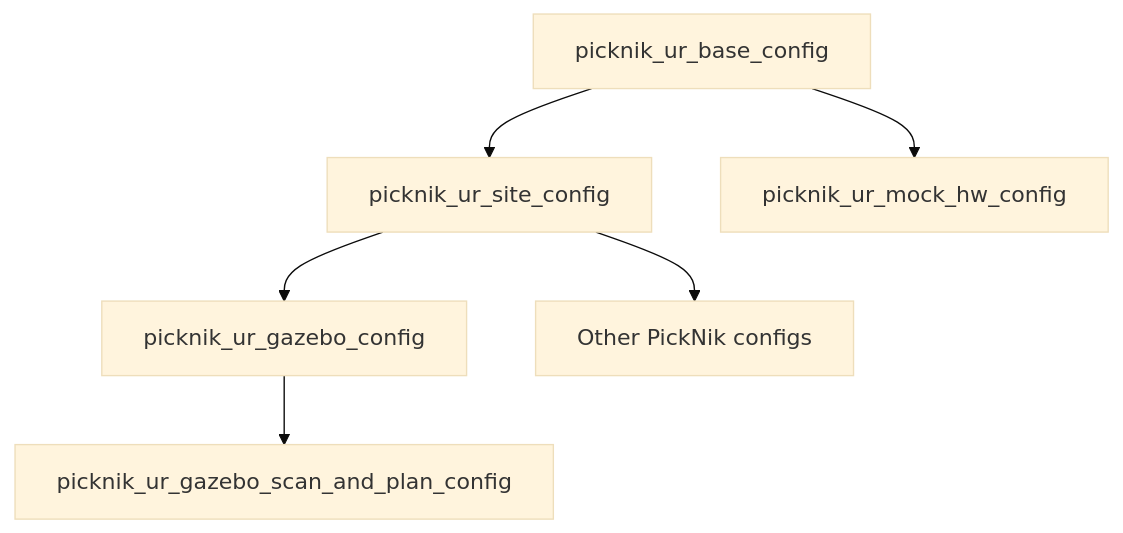
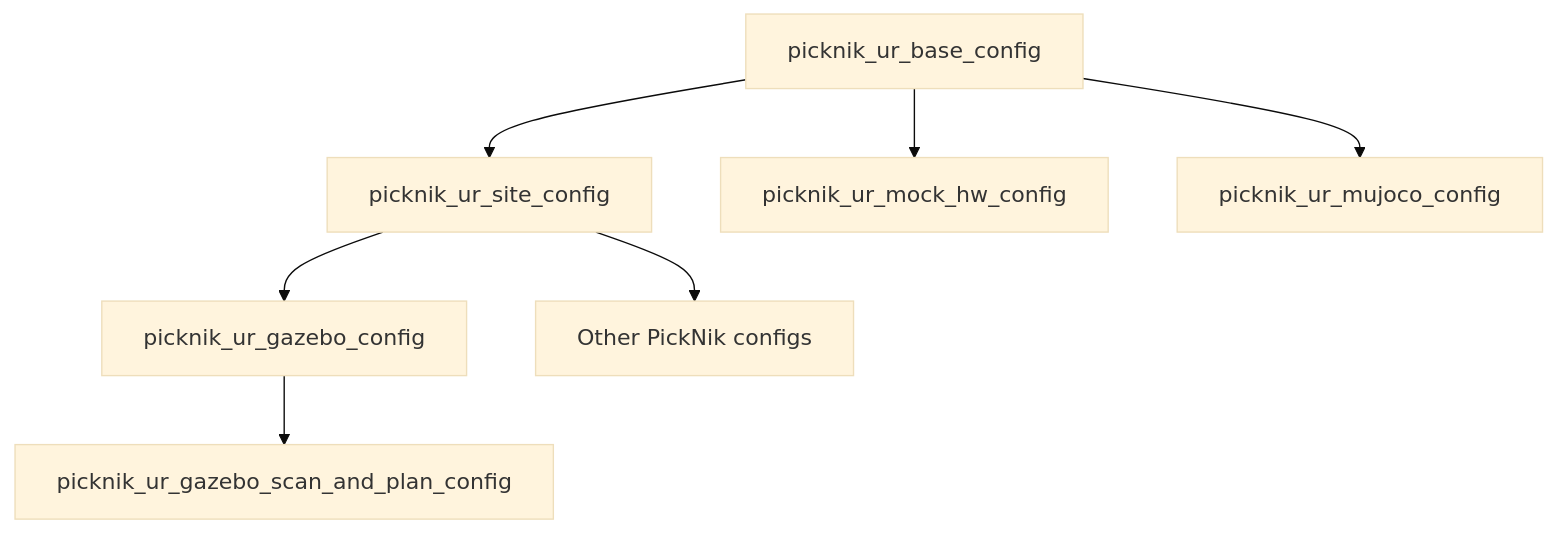
One commit to PickNikRobotics/moveit_studio_ur_ws changed the diagram in README.md. Above: the diagram before and after it, drawn with Mermaid (base theme). The commit also changed 47 other files, not shown here.

````diff
--- a/README.md
+++ b/README.md
@@ -18,8 +18,9 @@
 ```mermaid
 graph TB
 Base[picknik_ur_base_config] --> Site[picknik_ur_site_config]
 Base --> Mock[picknik_ur_mock_hw_config]
+Base --> Simulation[picknik_ur_mujoco_config]
 Site --> Gazebo[picknik_ur_gazebo_config]
 Site --> Picknik[Other PickNik configs]
 Gazebo --> ScanAndPlan[picknik_ur_gazebo_scan_and_plan_config]
 ```
````
